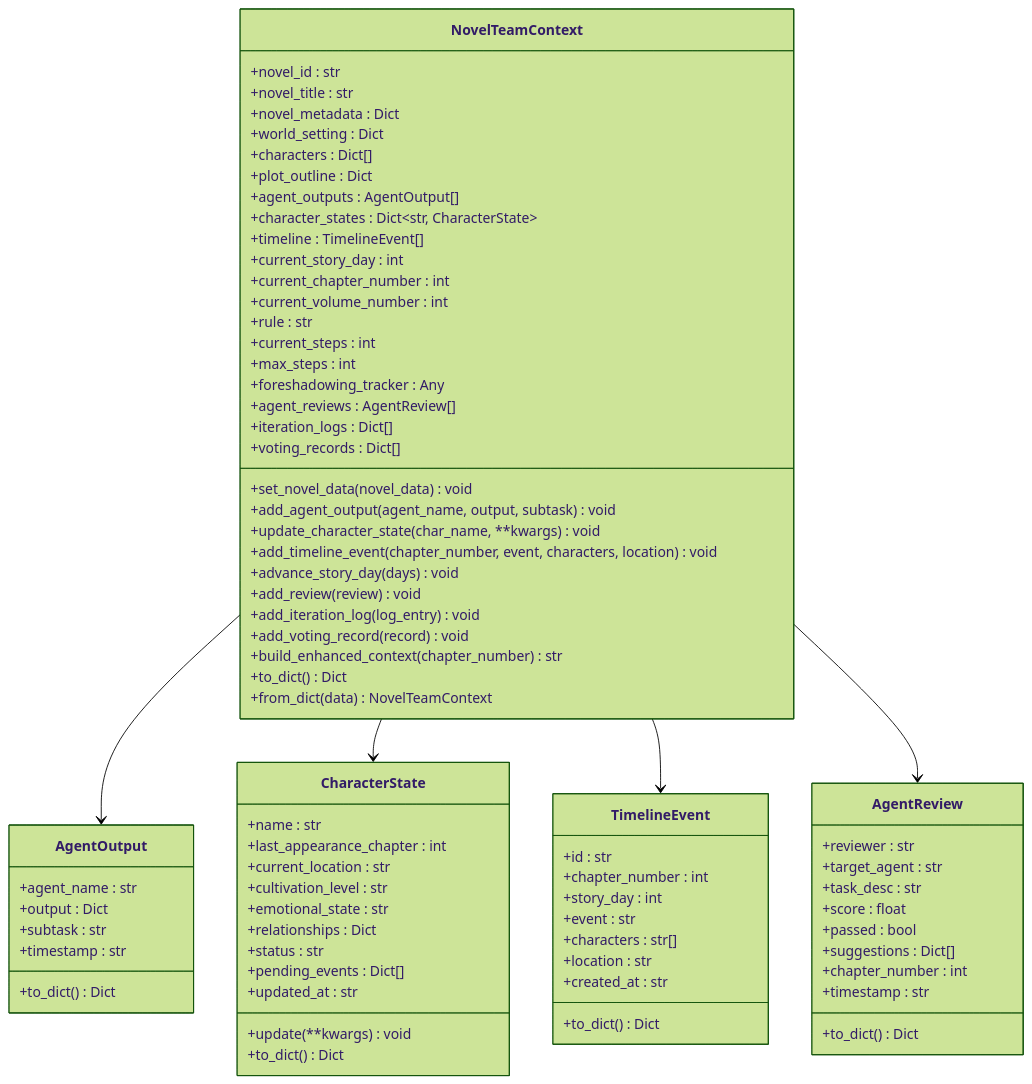
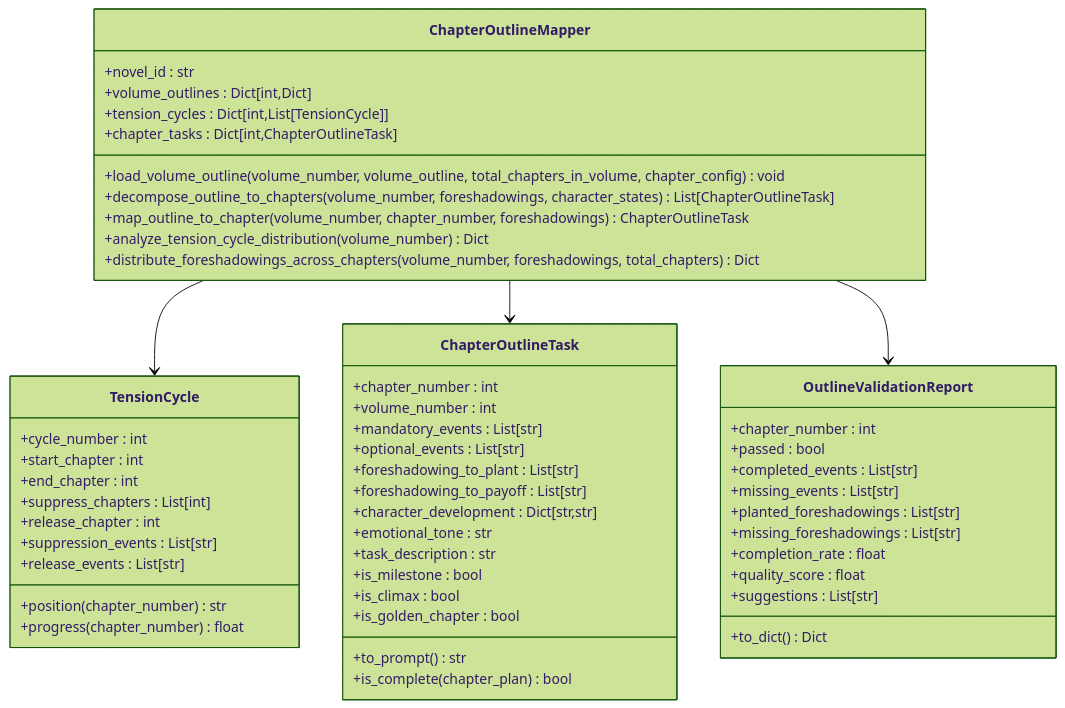
The ninth of 16 diagrams in .qoder/repowiki/zh/content/AI智能体系统/AI智能体系统.md (xfbyxq/ai-novel-system), drawn with Mermaid (forest theme) before and after one commit. The commit also changed other lines of this file and 6 other files, not shown here.

First line of the commit message:
feat(architecture): 完善智能体系统核心组件与架构文档

````diff
--- a/.qoder/repowiki/zh/content/AI智能体系统/AI智能体系统.md
+++ b/.qoder/repowiki/zh/content/AI智能体系统/AI智能体系统.md
@@ -562,80 +706,56 @@
 ```mermaid
 classDiagram
-class NovelTeamContext {
-+novel_id : str
-+novel_title : str
-+novel_metadata : Dict
-+world_setting : Dict
-+characters : Dict[]
-+plot_outline : Dict
-+agent_outputs : AgentOutput[]
-+character_states : Dict~str, CharacterState~
-+timeline : TimelineEvent[]
-+current_story_day : int
-+current_chapter_number : int
-+current_volume_number : int
-+rule : str
-+current_steps : int
-+max_steps : int
-+foreshadowing_tracker : Any
-+agent_reviews : AgentReview[]
-+iteration_logs : Dict[]
-+voting_records : Dict[]
-+set_novel_data(novel_data) void
-+add_agent_output(agent_name, output, subtask) void
-+update_character_state(char_name, **kwargs) void
-+add_timeline_event(chapter_number, event, characters, location) void
-+advance_story_day(days) void
-+add_review(review) void
-+add_iteration_log(log_entry) void
-+add_voting_record(record) void
-+build_enhanced_context(chapter_number) str
-+to_dict() Dict
-+from_dict(data) NovelTeamContext
+class TensionCycle {
++cycle_number : int
++start_chapter : int
++end_chapter : int
++suppress_chapters : List[int]
++release_chapter : int
++suppression_events : List[str]
++release_events : List[str]
++position(chapter_number) str
++progress(chapter_number) float
 }
-class AgentOutput {
-+agent_name : str
-+output : Dict
-+subtask : str
-+timestamp : str
+class ChapterOutlineTask {
++chapter_number : int
++volume_number : int
++mandatory_events : List[str]
++optional_events : List[str]
++foreshadowing_to_plant : List[str]
++foreshadowing_to_payoff : List[str]
++character_development : Dict[str,str]
++emotional_tone : str
++task_description : str
++is_milestone : bool
++is_climax : bool
++is_golden_chapter : bool
++to_prompt() str
++is_complete(chapter_plan) bool
+}
+class OutlineValidationReport {
++chapter_number : int
++passed : bool
++completed_events : List[str]
++missing_events : List[str]
++planted_foreshadowings : List[str]
++missing_foreshadowings : List[str]
++completion_rate : float
++quality_score : float
++suggestions : List[str]
 +to_dict() Dict
 }
-class CharacterState {
-+name : str
-+last_appearance_chapter : int
-+current_location : str
-+cultivation_level : str
-+emotional_state : str
-+relationships : Dict
-+status : str
-+pending_events : Dict[]
-+updated_at : str
-+update(**kwargs) void
-+to_dict() Dict
+class ChapterOutlineMapper {
++novel_id : str
++volume_outlines : Dict[int,Dict]
++tension_cycles : Dict[int,List[TensionCycle]]
++chapter_tasks : Dict[int,ChapterOutlineTask]
++load_volume_outline(volume_number, volume_outline, total_chapters_in_volume, chapter_config) void
++decompose_outline_to_chapters(volume_number, foreshadowings, character_states) List[ChapterOutlineTask]
++map_outline_to_chapter(volume_number, chapter_number, foreshadowings) ChapterOutlineTask
++analyze_tension_cycle_distribution(volume_number) Dict
++distribute_foreshadowings_across_chapters(volume_number, foreshadowings, total_chapters) Dict
 }
-class TimelineEvent {
-+id : str
-+chapter_number : int
-+story_day : int
-+event : str
-+characters : str[]
-+location : str
-+created_at : str
-+to_dict() Dict
-}
-class AgentReview {
-+reviewer : str
-+target_agent : str
-+task_desc : str
-+score : float
-+passed : bool
-+suggestions : Dict[]
-+chapter_number : int
-+timestamp : str
-+to_dict() Dict
-}
-NovelTeamContext --> AgentOutput
-NovelTeamContext --> CharacterState
-NovelTeamContext --> TimelineEvent
-NovelTeamContext --> AgentReview
+ChapterOutlineMapper --> TensionCycle
+ChapterOutlineMapper --> ChapterOutlineTask
+ChapterOutlineMapper --> OutlineValidationReport
 ```
````
